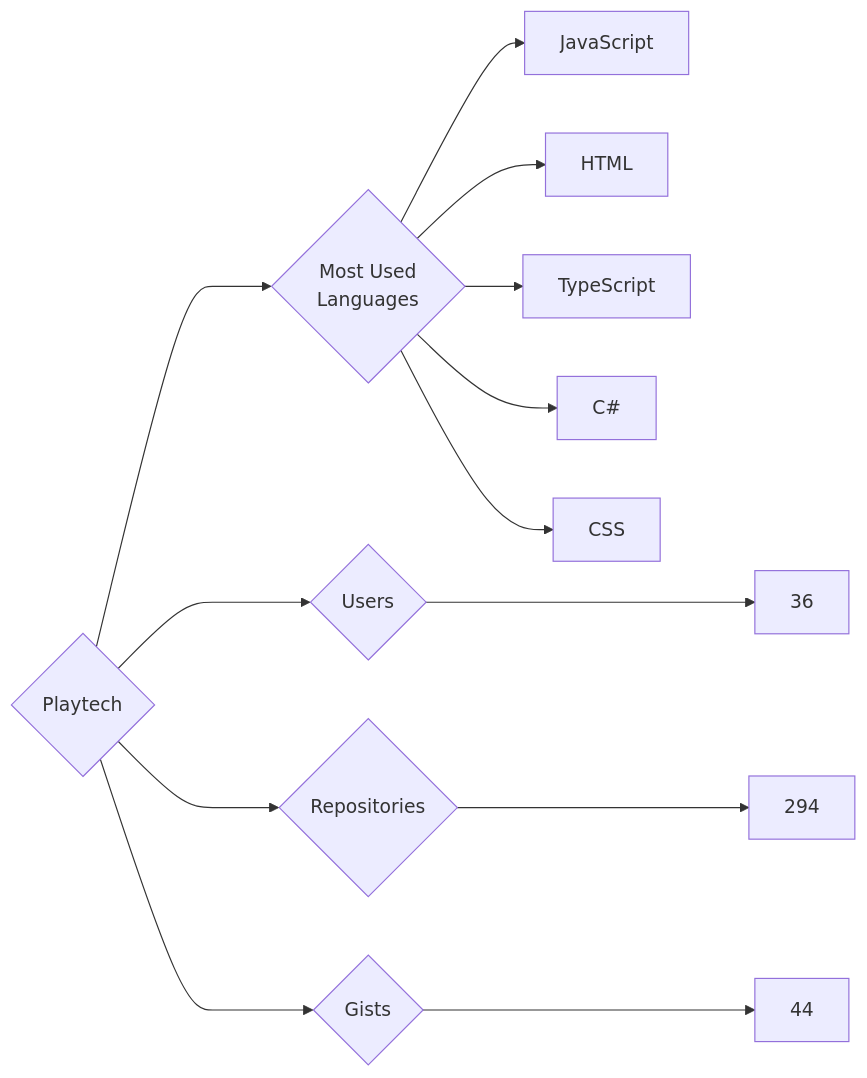
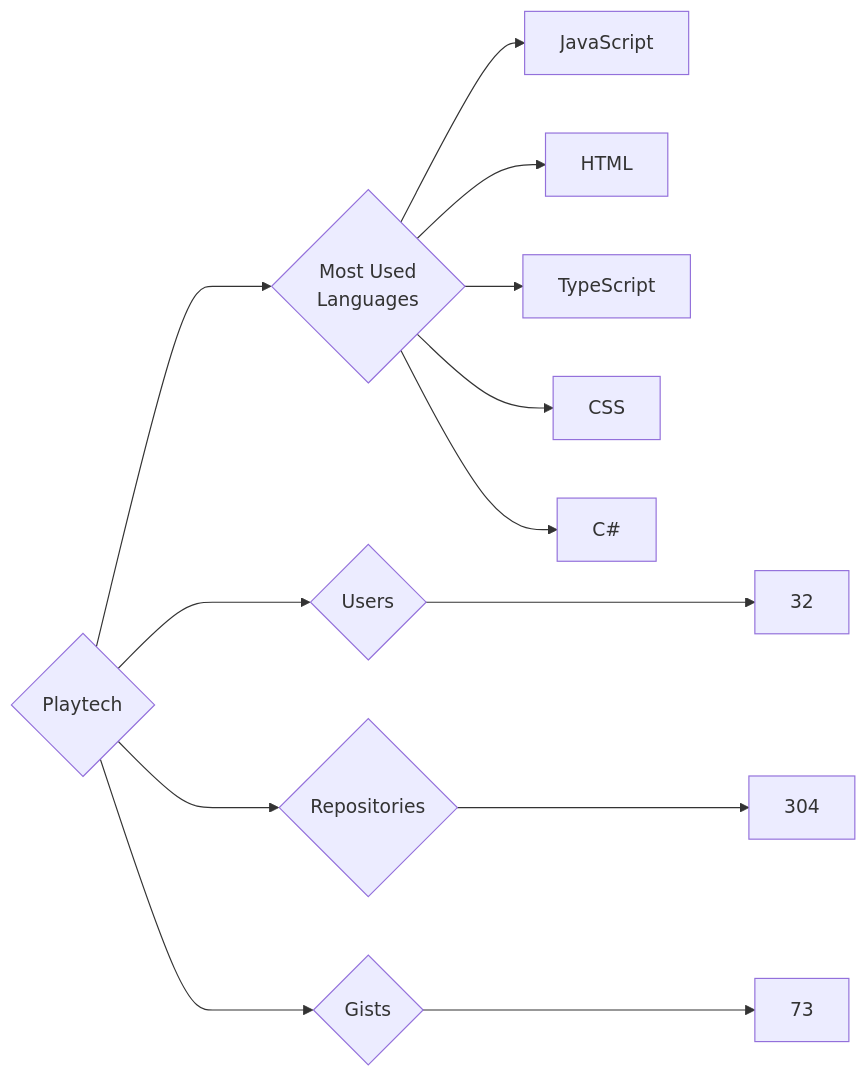
One commit to trickest/insiders changed the diagram in targets/Playtech/README.md. Above: the diagram before and after it, drawn with Mermaid. The commit also changed 871 other files, not shown here.

````diff
--- a/targets/Playtech/README.md
+++ b/targets/Playtech/README.md
@@ -3,13 +3,13 @@
 ```mermaid
 graph LR
 COMPANY_NAME{Playtech}
-COMPANY_NAME ---> U{Users} ---> UN[36]
-COMPANY_NAME ---> R{Repositories} ---> RN[294]
-COMPANY_NAME ---> G{Gists} ---> GN[44]
+COMPANY_NAME ---> U{Users} ---> UN[32]
+COMPANY_NAME ---> R{Repositories} ---> RN[304]
+COMPANY_NAME ---> G{Gists} ---> GN[73]
 COMPANY_NAME ---> ML{Most Used<br>Languages}
 ML --> JavaScript[JavaScript]
 ML --> HTML[HTML]
 ML --> TypeScript[TypeScript]
+ML --> CSS[CSS]
 ML --> C#[C#]
-ML --> CSS[CSS]
 ```
````
